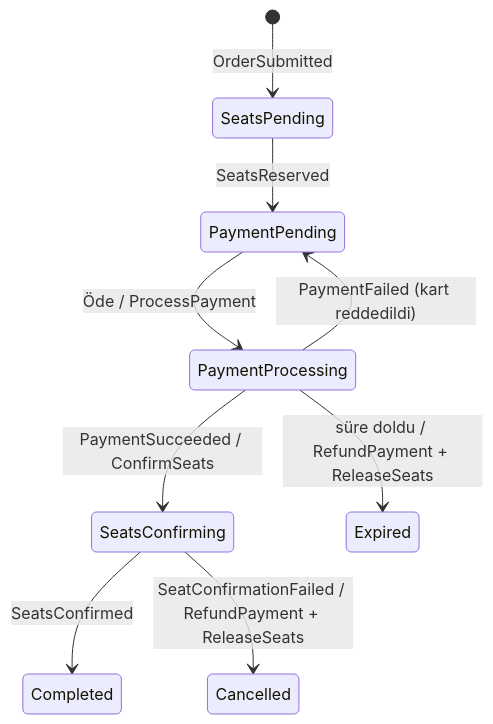
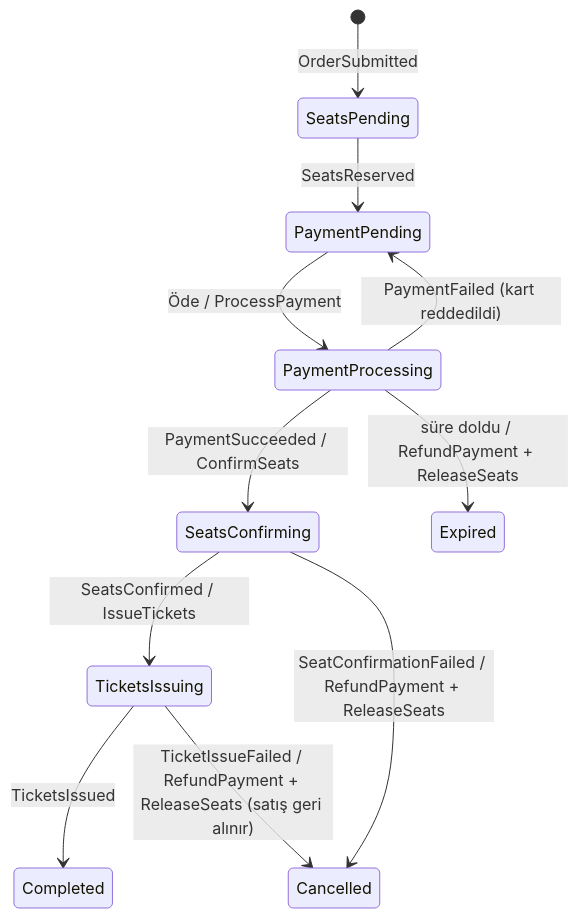
Before and after one commit to ahmetguvendik/Gise: the sixth of 6 diagrams in docs/tasarim.md, drawn with Mermaid. The commit also changed other lines of this file and 107 other files, not shown here.

````diff
--- a/docs/tasarim.md
+++ b/docs/tasarim.md
@@ -390,11 +406,13 @@
 ```mermaid
 stateDiagram-v2
     [*] --> SeatsPending: OrderSubmitted
     SeatsPending --> PaymentPending: SeatsReserved
     PaymentPending --> PaymentProcessing: Öde / ProcessPayment
     PaymentProcessing --> PaymentPending: PaymentFailed (kart reddedildi)
     PaymentProcessing --> SeatsConfirming: PaymentSucceeded / ConfirmSeats
     PaymentProcessing --> Expired: süre doldu / RefundPayment + ReleaseSeats
-    SeatsConfirming --> Completed: SeatsConfirmed
+    SeatsConfirming --> TicketsIssuing: SeatsConfirmed / IssueTickets
     SeatsConfirming --> Cancelled: SeatConfirmationFailed / RefundPayment + ReleaseSeats
+    TicketsIssuing --> Completed: TicketsIssued
+    TicketsIssuing --> Cancelled: TicketIssueFailed / RefundPayment + ReleaseSeats (satış geri alınır)
 ```
````
